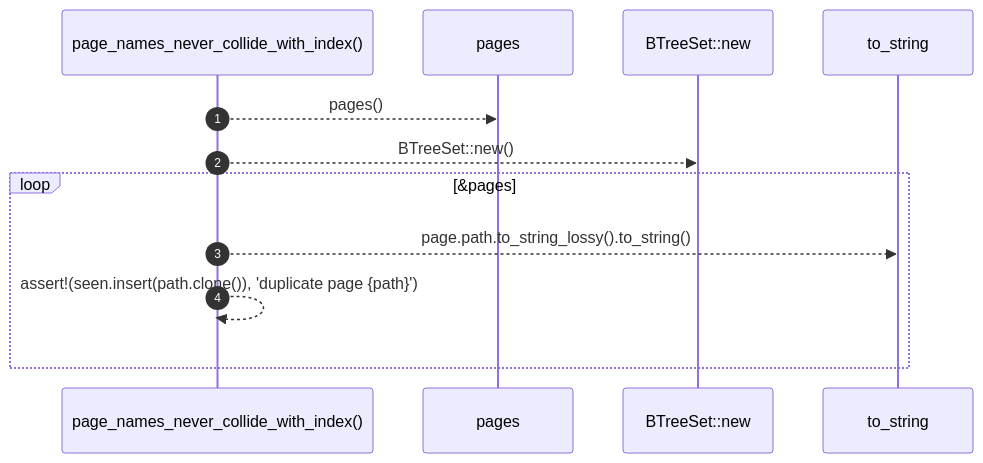
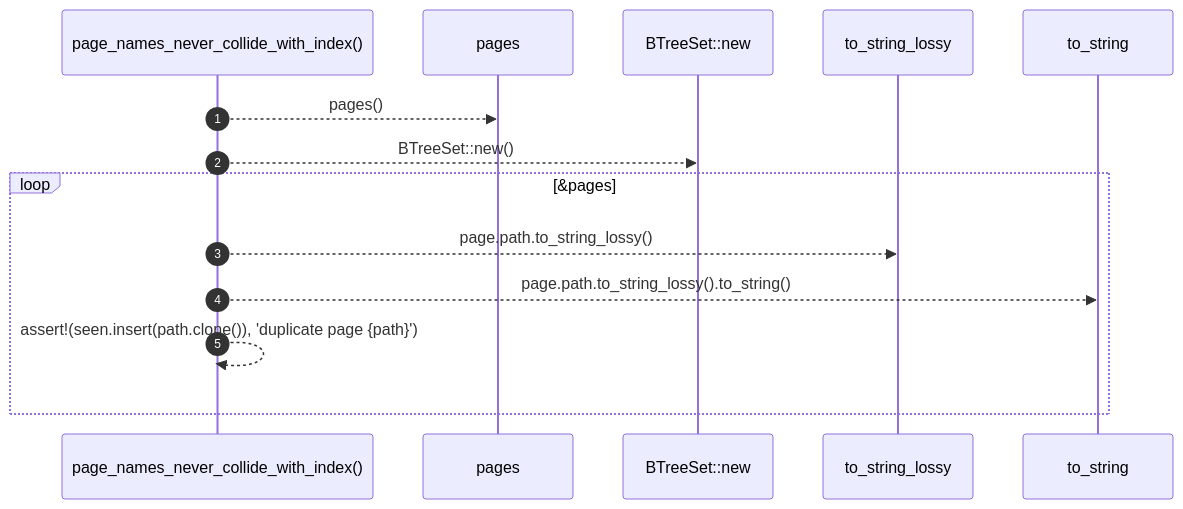
One commit to RyanGuild/self-describing-code changed the diagram in docs/self-model/robby_render/test_tree/page-names-never-collide-with-index.md. Above: the diagram before and after it, drawn with Mermaid. The commit also changed other lines of this file and 1404 other files, not shown here.

````diff
--- a/docs/self-model/robby_render/test_tree/page-names-never-collide-with-index.md
+++ b/docs/self-model/robby_render/test_tree/page-names-never-collide-with-index.md
@@ -24,14 +24,16 @@
 ```mermaid
 sequenceDiagram
     autonumber
     participant page_names_never_collide_with_index as page_names_never_collide_with_index()
     participant pages as pages
     participant BTreeSet__new as BTreeSet::new
+    participant to_string_lossy as to_string_lossy
     participant to_string as to_string
     page_names_never_collide_with_index-->>pages: pages()
     page_names_never_collide_with_index-->>BTreeSet__new: BTreeSet::new()
     loop &pages
+    page_names_never_collide_with_index-->>to_string_lossy: page.path.to_string_lossy()
     page_names_never_collide_with_index-->>to_string: page.path.to_string_lossy().to_string()
     page_names_never_collide_with_index-->>page_names_never_collide_with_index: assert!(seen.insert(path.clone()), 'duplicate page {path}')
     end
 ```
````
